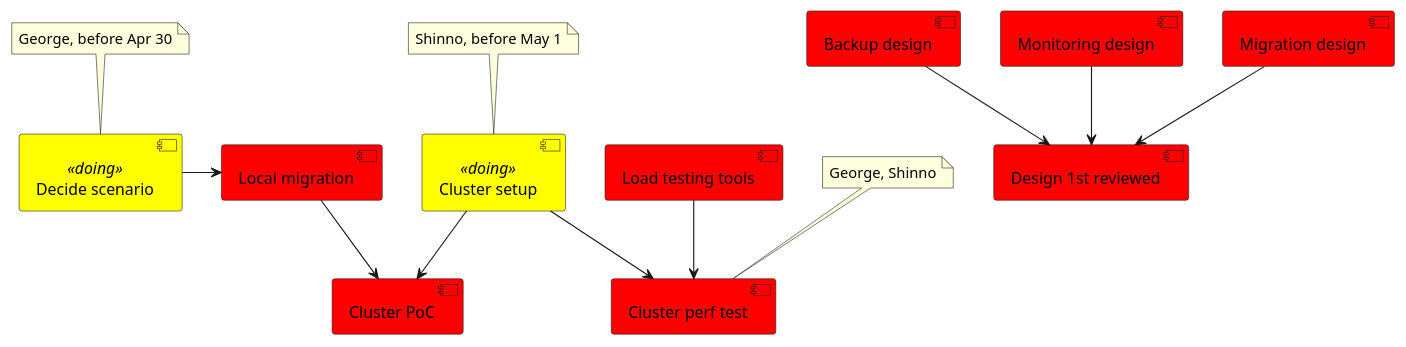
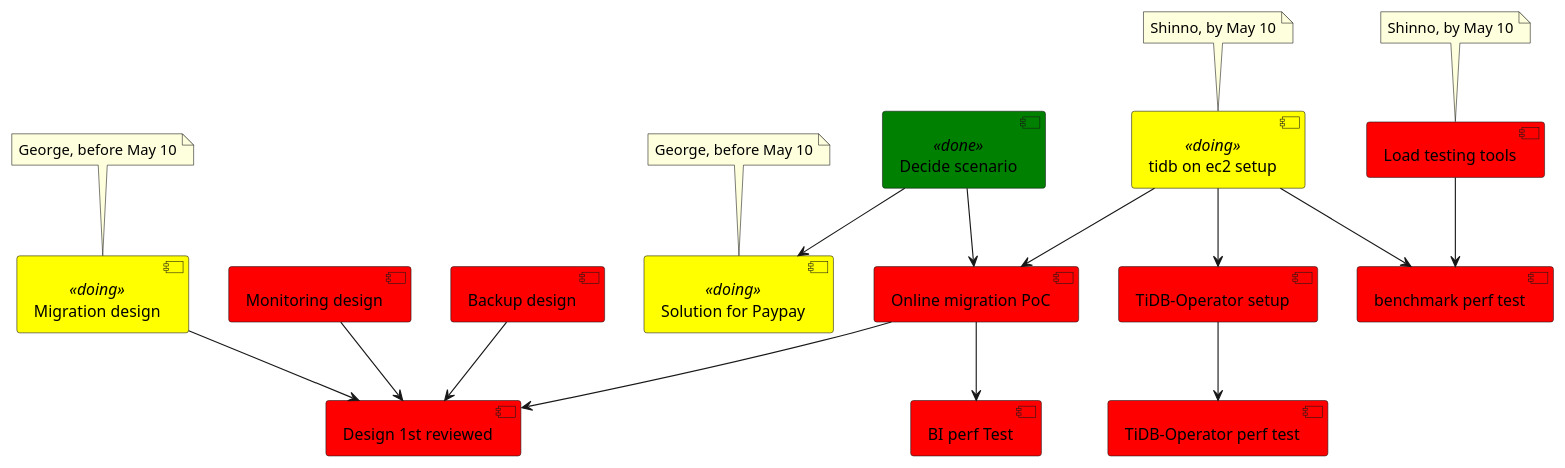
One commit to george24601/notes changed the second of 2 diagrams in pm/plan.plantuml. Above: the diagram before and after it, drawn with PlantUML. The commit also changed other lines of this file and 4 other files, not shown here.

```diff
--- a/pm/plan.plantuml
+++ b/pm/plan.plantuml
@@ -14,22 +23,28 @@
 @startuml
-
 skinparam component {
 	backgroundColor<<done>> Green
 	backgroundColor<<doing>> Yellow
 	backgroundColor Red
 }
-
-[Decide scenario]<<doing>> 
-note top: George, before Apr 30
-[Cluster setup]<<doing>>
-note top: Shinno, before May 1
-[Load testing tools]  --> [Cluster perf test]
-note top: George, Shinno
-[Cluster setup] --> [Cluster perf test]
-[Cluster setup] --> [Cluster PoC]
-[Decide scenario] -> [Local migration]
-[Local migration] --> [Cluster PoC]
+[Solution for Paypay]<<doing>> 
+note top: George, before May 10
+[Migration design]<<doing>> 
+note top: George, before May 10
+[Decide scenario]<<done>> 
+[tidb on ec2 setup]<<doing>>
+note top: Shinno, by May 10
+[Load testing tools]
+note top: Shinno, by May 10
+[Load testing tools]  --> [benchmark perf test]
+[Decide scenario] --> [Solution for Paypay]
+[tidb on ec2 setup] --> [benchmark perf test]
+[tidb on ec2 setup] --> [Online migration PoC]
+[Decide scenario] --> [Online migration PoC]
 [Backup design] --> [Design 1st reviewed]
 [Monitoring design] --> [Design 1st reviewed]
 [Migration design] --> [Design 1st reviewed]
+[Online migration PoC] --> [Design 1st reviewed]
+[tidb on ec2 setup] --> [TiDB-Operator setup]
+[TiDB-Operator setup] --> [TiDB-Operator perf test]
+[Online migration PoC] --> [BI perf Test]
 @enduml
```
